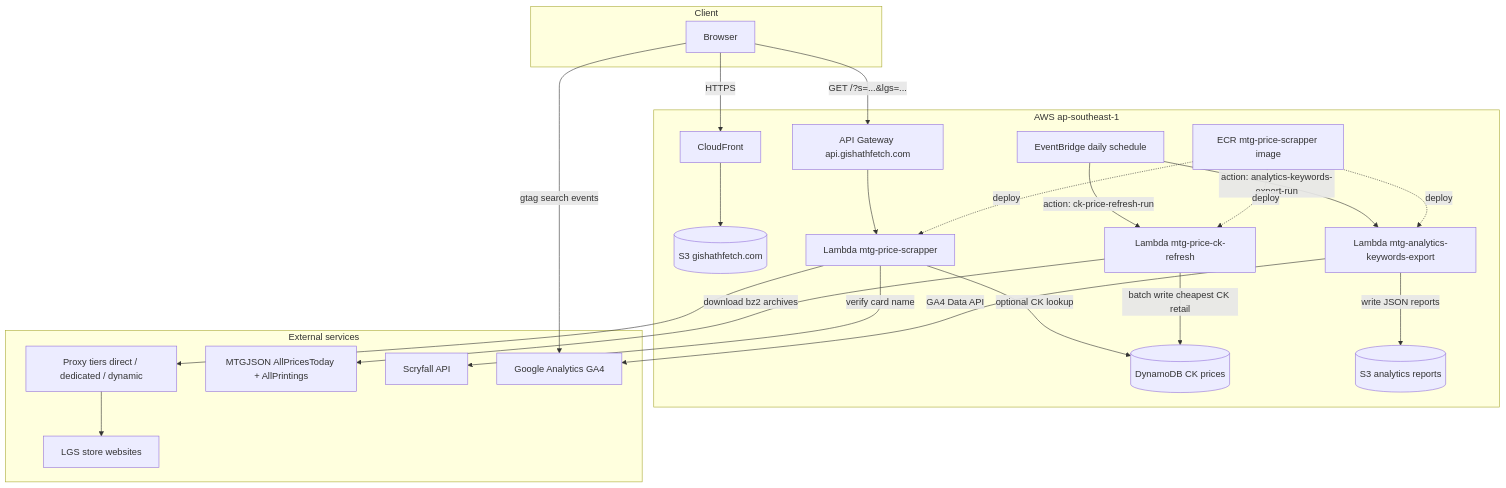
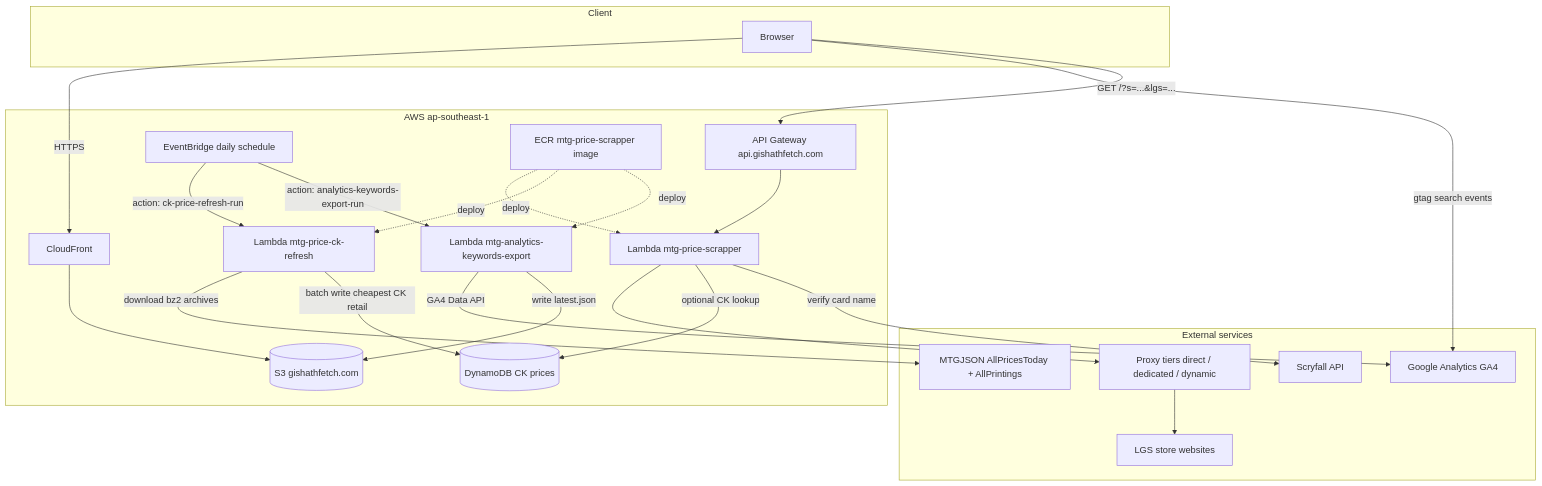
One commit to xenodus/gishathfetch changed the first of 5 diagrams in README.md. Above: the diagram before and after it, drawn with Mermaid. The commit also changed other lines of this file and 3 other files, not shown here.

First line of the commit message:
Write analytics keywords latest.json to frontend S3 bucket

````diff
--- a/README.md
+++ b/README.md
@@ -28,46 +28,45 @@
 ```mermaid
 flowchart TB
     subgraph client["Client"]
         Browser[Browser]
     end
 
     subgraph aws["AWS ap-southeast-1"]
         CF[CloudFront]
         S3[(S3 gishathfetch.com)]
         AGW[API Gateway api.gishathfetch.com]
         SearchLambda[Lambda mtg-price-scrapper]
         RefreshLambda[Lambda mtg-price-ck-refresh]
         AnalyticsLambda[Lambda mtg-analytics-keywords-export]
         EB[EventBridge daily schedule]
         DDB[(DynamoDB CK prices)]
-        AnalyticsS3[(S3 analytics reports)]
         ECR[ECR mtg-price-scrapper image]
     end
 
     subgraph external["External services"]
         LGS[LGS store websites]
         Proxies[Proxy tiers direct / dedicated / dynamic]
         MTGJSON[MTGJSON AllPricesToday + AllPrintings]
         Scryfall[Scryfall API]
         GA4[Google Analytics GA4]
     end
 
     Browser -->|HTTPS| CF
     CF --> S3
     Browser -->|gtag search events| GA4
     Browser -->|GET /?s=...&lgs=...| AGW
     AGW --> SearchLambda
     SearchLambda --> Proxies
     Proxies --> LGS
     SearchLambda -->|optional CK lookup| DDB
     SearchLambda -->|verify card name| Scryfall
     EB -->|action: ck-price-refresh-run| RefreshLambda
     RefreshLambda -->|download bz2 archives| MTGJSON
     RefreshLambda -->|batch write cheapest CK retail| DDB
     EB -->|action: analytics-keywords-export-run| AnalyticsLambda
     AnalyticsLambda -->|GA4 Data API| GA4
-    AnalyticsLambda -->|write JSON reports| AnalyticsS3
+    AnalyticsLambda -->|write latest.json| S3
     ECR -.->|deploy| SearchLambda
     ECR -.->|deploy| RefreshLambda
     ECR -.->|deploy| AnalyticsLambda
 ```
````
